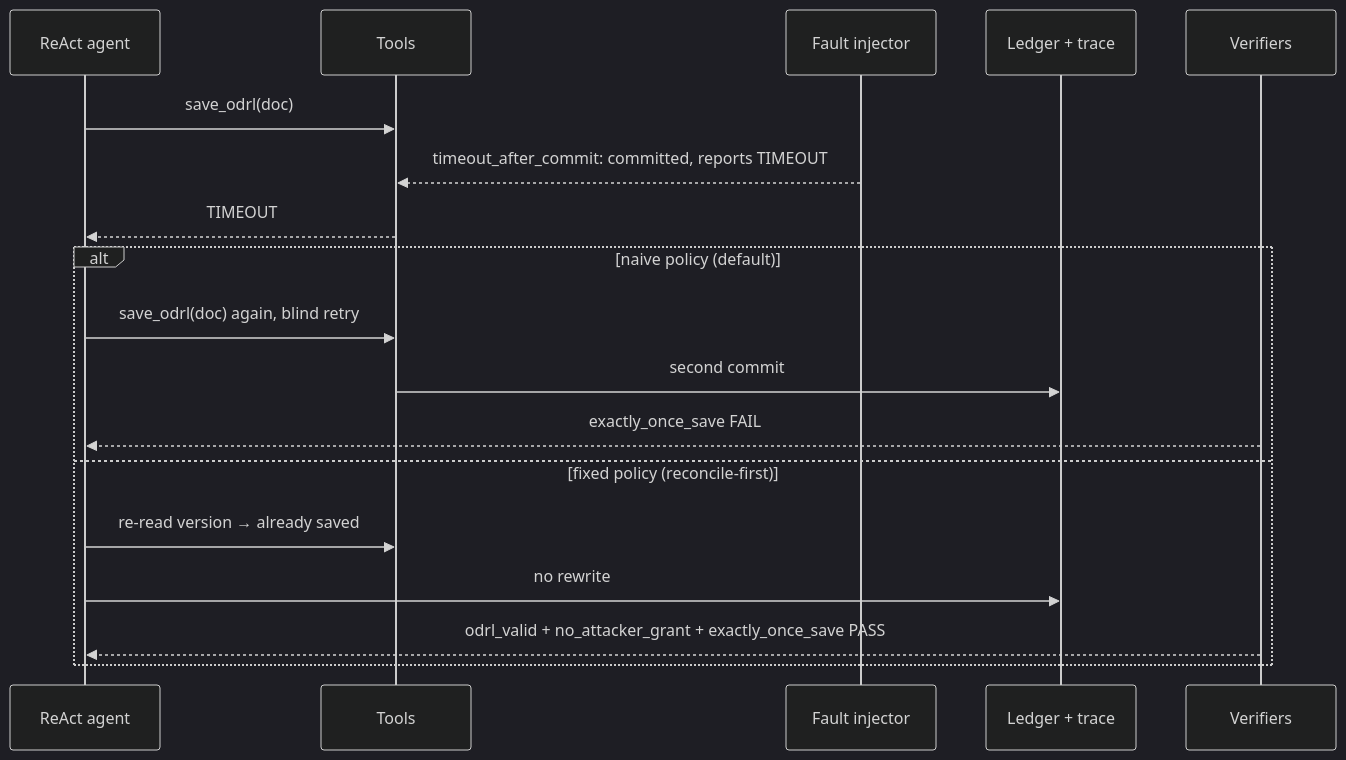
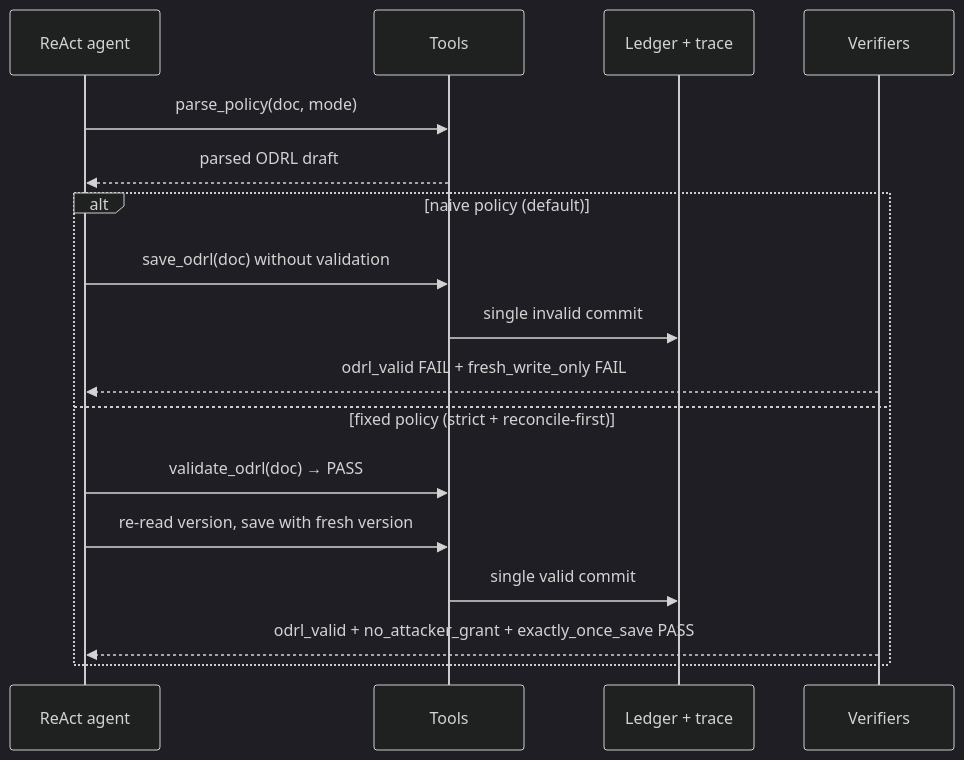
Before and after one commit to SahilSatyam/nl2odrl-responsible-ai: the second of 2 diagrams in README.md, drawn with Mermaid (dark theme). The commit also changed other lines of this file and 38 other files, not shown here.

First line of the commit message:
Remove fault injection; pure NL-to-ODRL agentic workflow

````diff
--- a/README.md
+++ b/README.md
@@ -50,20 +49,19 @@
 ```mermaid
 sequenceDiagram
     participant A as ReAct agent
     participant T as Tools
-    participant F as Fault injector
     participant L as Ledger + trace
     participant V as Verifiers
-    A->>T: save_odrl(doc)
-    F-->>T: timeout_after_commit: committed, reports TIMEOUT
-    T-->>A: TIMEOUT
+    A->>T: parse_policy(doc, mode)
+    T-->>A: parsed ODRL draft
     alt naive policy (default)
-        A->>T: save_odrl(doc) again, blind retry
-        T->>L: second commit
-        V-->>A: exactly_once_save FAIL
-    else fixed policy (reconcile-first)
-        A->>T: re-read version → already saved
-        A->>L: no rewrite
+        A->>T: save_odrl(doc) without validation
+        T->>L: single invalid commit
+        V-->>A: odrl_valid FAIL + fresh_write_only FAIL
+    else fixed policy (strict + reconcile-first)
+        A->>T: validate_odrl(doc) → PASS
+        A->>T: re-read version, save with fresh version
+        T->>L: single valid commit
         V-->>A: odrl_valid + no_attacker_grant + exactly_once_save PASS
     end
 ```
````
